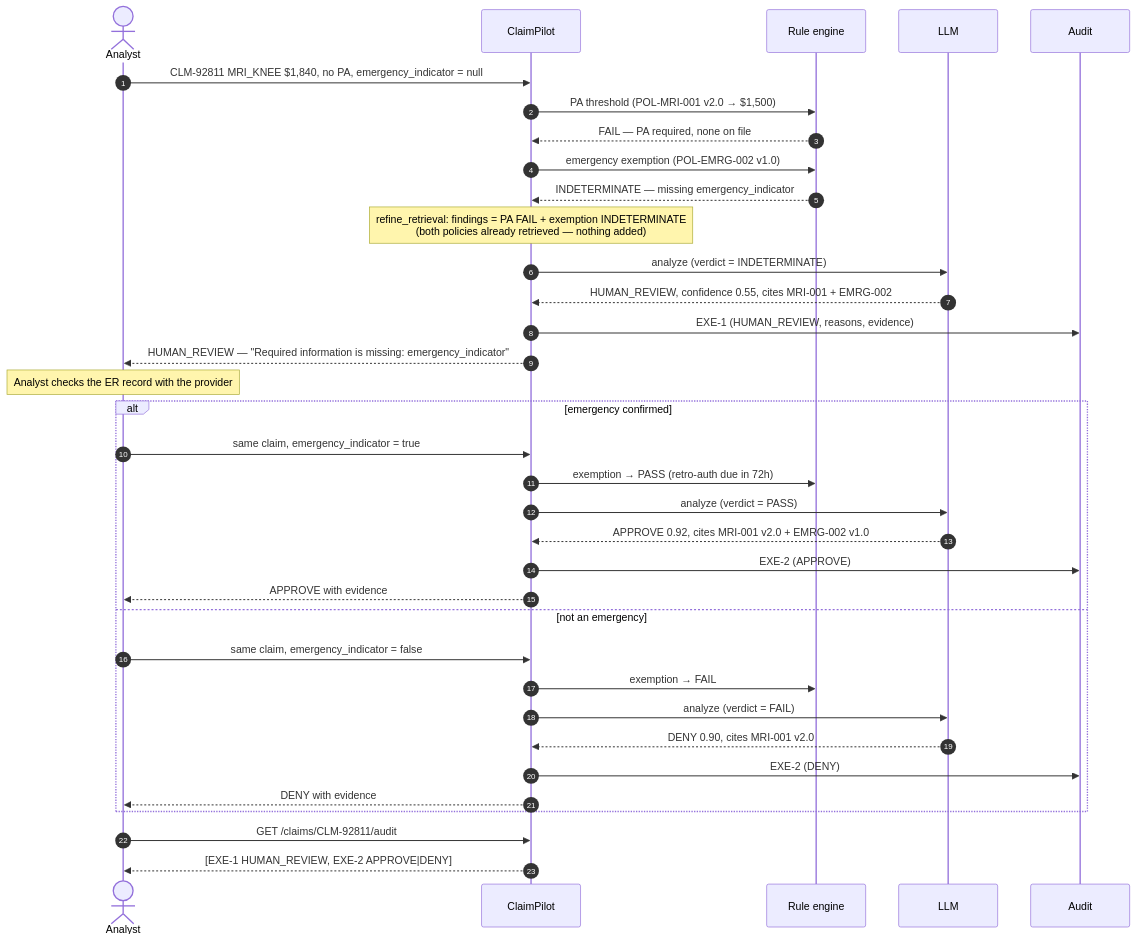
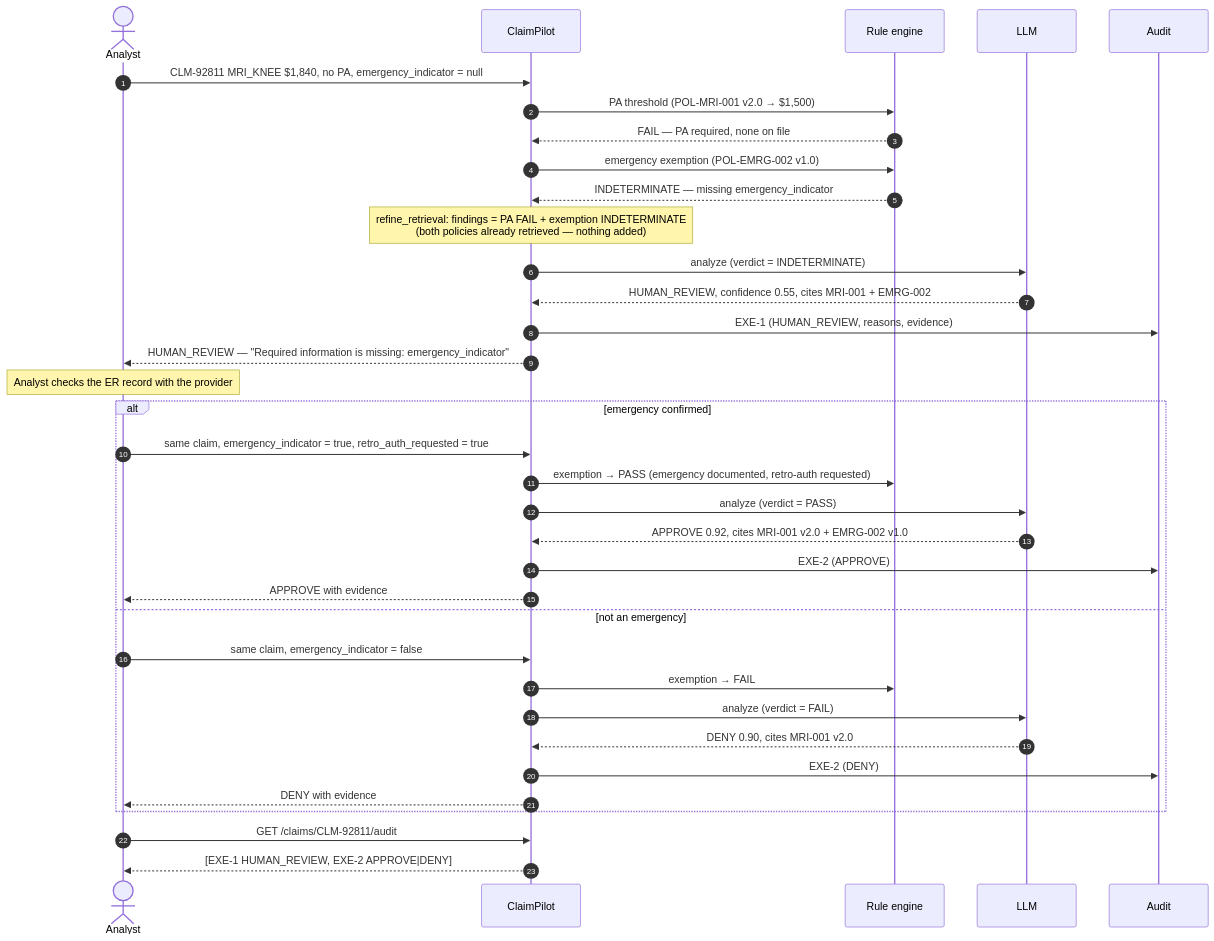
One commit to jefersonbraga/ClaimPilot changed diagram 11 of 17 in docs/ARCHITECTURE.md. Above: the diagram before and after it, drawn with Mermaid. The commit also changed other lines of this file and 26 other files, not shown here.

````diff
--- a/docs/ARCHITECTURE.md
+++ b/docs/ARCHITECTURE.md
@@ -655,41 +662,41 @@
 ```mermaid
 sequenceDiagram
     autonumber
     actor A as Analyst
     participant CP as ClaimPilot
     participant T as Rule engine
     participant L as LLM
     participant AU as Audit
 
     A->>CP: CLM-92811 MRI_KNEE $1,840, no PA, emergency_indicator = null
     CP->>T: PA threshold (POL-MRI-001 v2.0 → $1,500)
     T-->>CP: FAIL — PA required, none on file
     CP->>T: emergency exemption (POL-EMRG-002 v1.0)
     T-->>CP: INDETERMINATE — missing emergency_indicator
     Note over CP: refine_retrieval: findings = PA FAIL + exemption INDETERMINATE<br/>(both policies already retrieved — nothing added)
     CP->>L: analyze (verdict = INDETERMINATE)
     L-->>CP: HUMAN_REVIEW, confidence 0.55, cites MRI-001 + EMRG-002
     CP->>AU: EXE-1 (HUMAN_REVIEW, reasons, evidence)
     CP-->>A: HUMAN_REVIEW — "Required information is missing: emergency_indicator"
 
     Note over A: Analyst checks the ER record with the provider
 
     alt emergency confirmed
-        A->>CP: same claim, emergency_indicator = true
-        CP->>T: exemption → PASS (retro-auth due in 72h)
+        A->>CP: same claim, emergency_indicator = true, retro_auth_requested = true
+        CP->>T: exemption → PASS (emergency documented, retro-auth requested)
         CP->>L: analyze (verdict = PASS)
         L-->>CP: APPROVE 0.92, cites MRI-001 v2.0 + EMRG-002 v1.0
         CP->>AU: EXE-2 (APPROVE)
         CP-->>A: APPROVE with evidence
     else not an emergency
         A->>CP: same claim, emergency_indicator = false
         CP->>T: exemption → FAIL
         CP->>L: analyze (verdict = FAIL)
         L-->>CP: DENY 0.90, cites MRI-001 v2.0
         CP->>AU: EXE-2 (DENY)
         CP-->>A: DENY with evidence
     end
 
     A->>CP: GET /claims/CLM-92811/audit
     CP-->>A: [EXE-1 HUMAN_REVIEW, EXE-2 APPROVE|DENY]
 ```
````
